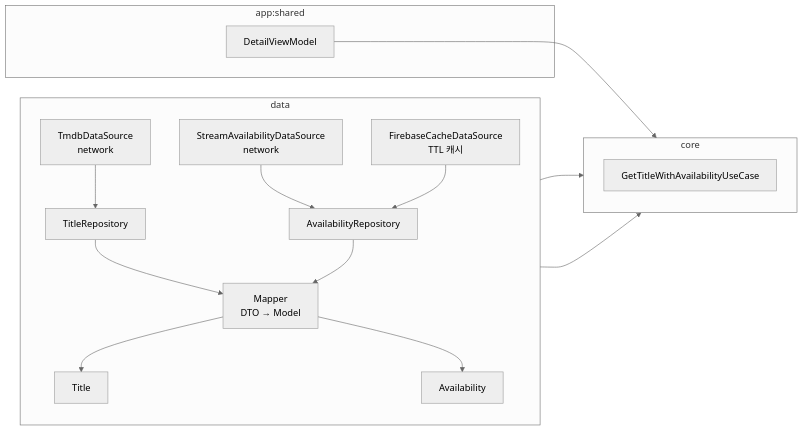
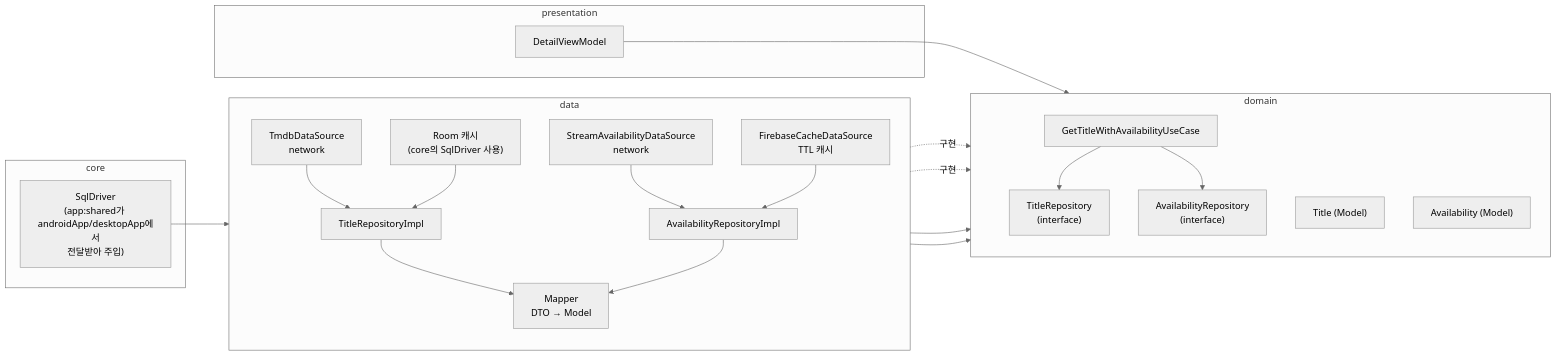
Before and after one commit to sunstar-repo/StreamCompass: the second of 3 diagrams in doc/architecture.md, drawn with Mermaid (neutral theme). The commit also changed other lines of this file, not shown here.

Commit message:
improved documents that architecture

````diff
--- a/doc/architecture.md
+++ b/doc/architecture.md
@@ -53,25 +74,37 @@
 ```mermaid
 flowchart LR
+    subgraph DOMAIN1["domain"]
+        direction TB
+        RI1["TitleRepository<br/>(interface)"]
+        RI2["AvailabilityRepository<br/>(interface)"]
+        UC1["GetTitleWithAvailabilityUseCase"]
+        M1["Title (Model)"]
+        M2["Availability (Model)"]
+        UC1 --> RI1
+        UC1 --> RI2
+    end
+
     subgraph DATA1["data"]
         direction TB
-        DS1["TmdbDataSource<br/>network"] --> RIM1["TitleRepository"]
-        DS2["StreamAvailabilityDataSource<br/>network"] --> RIM2["AvailabilityRepository"]
+        DS1["TmdbDataSource<br/>network"] --> RIM1["TitleRepositoryImpl"]
+        DS1B["Room 캐시<br/>(core의 SqlDriver 사용)"] --> RIM1
+        DS2["StreamAvailabilityDataSource<br/>network"] --> RIM2["AvailabilityRepositoryImpl"]
         DS3["FirebaseCacheDataSource<br/>TTL 캐시"] --> RIM2
         RIM1 --> MAP1["Mapper<br/>DTO → Model"]
         RIM2 --> MAP1
-        MAP1 --> M1["Title"]
-        MAP1 --> M2["Availability"]
     end
 
-    subgraph DOMAIN1["core"]
-        direction TB
-        UC1["GetTitleWithAvailabilityUseCase"]
+    subgraph CORE1["core"]
+        DRV1["SqlDriver<br/>(app:shared가 androidApp/desktopApp에서<br/>전달받아 주입)"]
     end
 
-    RIM1 --> UC1
-    RIM2 --> UC1
+    DRV1 --> DS1B
+    RIM1 -.구현.-> RI1
+    RIM2 -.구현.-> RI2
+    MAP1 --> M1
+    MAP1 --> M2
 
-    subgraph PRES1["app:shared"]
+    subgraph PRES1["presentation"]
         VM1["DetailViewModel"] --> UC1
     end
 ```
````
